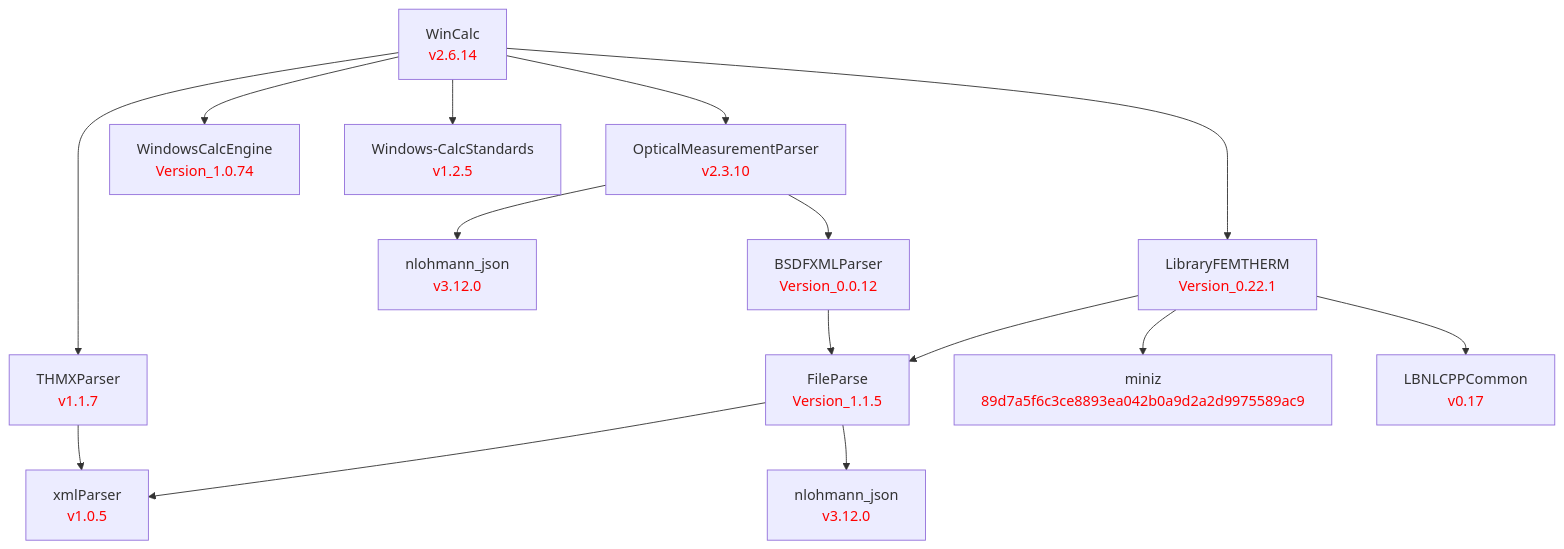
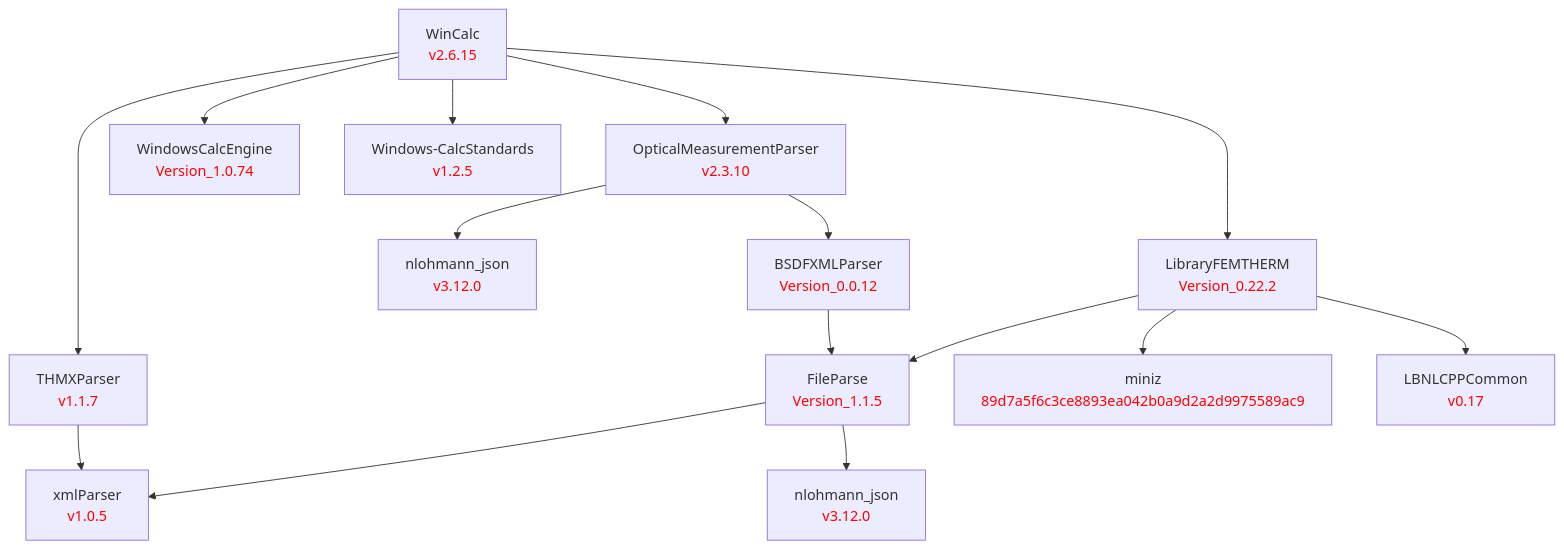
The diagram in doc/WinCalc.md (LBNL-ETA/WinCalc), drawn with Mermaid before and after one commit. The commit also changed 1 other file, not shown here.

Commit message:
Bump to Version_2.6.15; LibraryFEMTherm Version_0.22.2; refresh dep chart

````diff
--- a/doc/WinCalc.md
+++ b/doc/WinCalc.md
@@ -1,49 +1,49 @@
 ```mermaid
 graph TD
     %% Level 0
-    WinCalc[WinCalc<br/><font color='red'>v2.6.14</font>]
+    WinCalc[WinCalc<br/><font color='red'>v2.6.15</font>]
 
     %% Level 1 - direct dependencies
     OpticalMeasurementParser[OpticalMeasurementParser<br/><font color='red'>v2.3.10</font>]
     THMXParser[THMXParser<br/><font color='red'>v1.1.7</font>]
     WindowsCalcEngine[WindowsCalcEngine<br/><font color='red'>Version_1.0.74</font>]
     Windows-CalcStandards[Windows-CalcStandards<br/><font color='red'>v1.2.5</font>]
-    LibraryFEMTHERM[LibraryFEMTHERM<br/><font color='red'>Version_0.22.1</font>]
+    LibraryFEMTHERM[LibraryFEMTHERM<br/><font color='red'>Version_0.22.2</font>]
 
     %% Level 2
     nlohmann_omp[nlohmann_json<br/><font color='red'>v3.12.0</font>]
     BSDFXMLParser[BSDFXMLParser<br/><font color='red'>Version_0.0.12</font>]
     FileParse[FileParse<br/><font color='red'>Version_1.1.5</font>]
     miniz[miniz<br/><font color='red'>89d7a5f6c3ce8893ea042b0a9d2a2d9975589ac9</font>]
     LBNLCPPCommon[LBNLCPPCommon<br/><font color='red'>v0.17</font>]
 
     %% Level 3
     xmlParser[xmlParser<br/><font color='red'>v1.0.5</font>]
     nlohmann_fp[nlohmann_json<br/><font color='red'>v3.12.0</font>]
 
     %% WinCalc dependencies
     WinCalc --> OpticalMeasurementParser
     WinCalc --> THMXParser
     WinCalc --> WindowsCalcEngine
     WinCalc --> Windows-CalcStandards
     WinCalc --> LibraryFEMTHERM
 
     %% OpticalMeasurementParser dependencies
     OpticalMeasurementParser --> nlohmann_omp
     OpticalMeasurementParser --> BSDFXMLParser
 
     %% LibraryFEMTHERM dependencies
     LibraryFEMTHERM --> FileParse
     LibraryFEMTHERM --> miniz
     LibraryFEMTHERM --> LBNLCPPCommon
 
     %% BSDFXMLParser dependencies
     BSDFXMLParser --> FileParse
 
     %% FileParse dependencies
     FileParse --> xmlParser
     FileParse --> nlohmann_fp
 
     %% THMXParser dependencies
     THMXParser --> xmlParser
 ```
````
